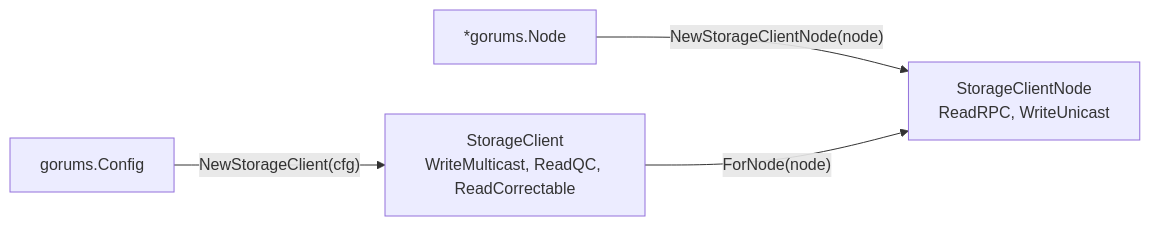
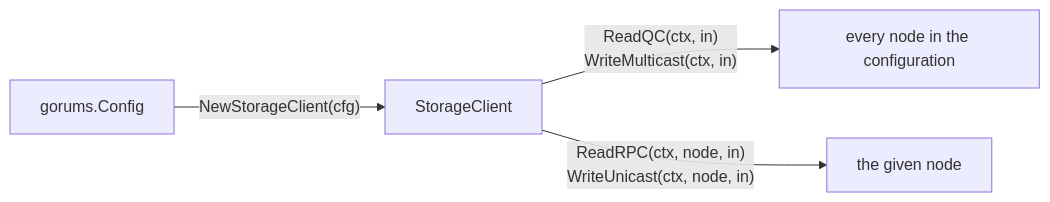
The second of 5 diagrams in doc/user-guide.md (relab/gorums), drawn with Mermaid before and after one commit. The commit also changed other lines of this file and 3 other files, not shown here.

First line of the commit message:
doc: describe one client type per service

````diff
--- a/doc/user-guide.md
+++ b/doc/user-guide.md
@@ -224,6 +236,6 @@
 ```mermaid
 flowchart LR
-    cfg["gorums.Config"] -- "NewStorageClient(cfg)" --> client["StorageClient<br/>WriteMulticast, ReadQC, ReadCorrectable"]
-    node["*gorums.Node"] -- "NewStorageClientNode(node)" --> nodeClient["StorageClientNode<br/>ReadRPC, WriteUnicast"]
-    client -- "ForNode(node)" --> nodeClient
+    cfg["gorums.Config"] -- "NewStorageClient(cfg)" --> client["StorageClient"]
+    client -- "ReadQC(ctx, in)<br/>WriteMulticast(ctx, in)" --> all["every node in the configuration"]
+    client -- "ReadRPC(ctx, node, in)<br/>WriteUnicast(ctx, node, in)" --> one["the given node"]
 ```
````
